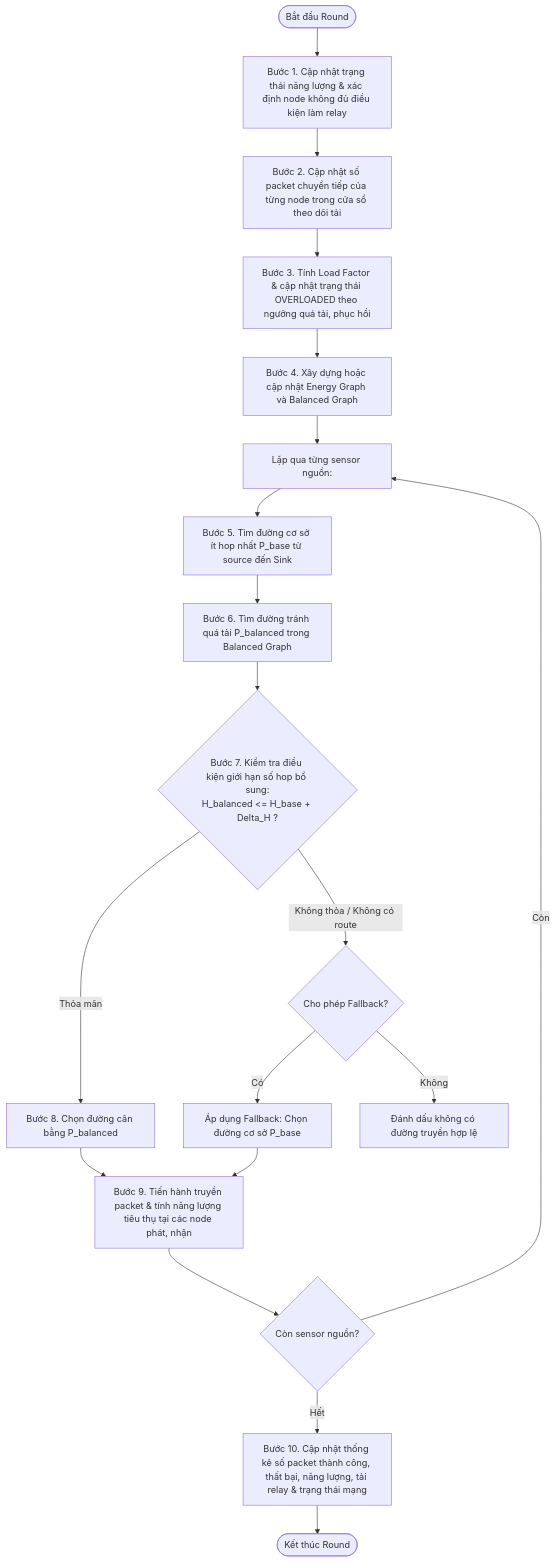
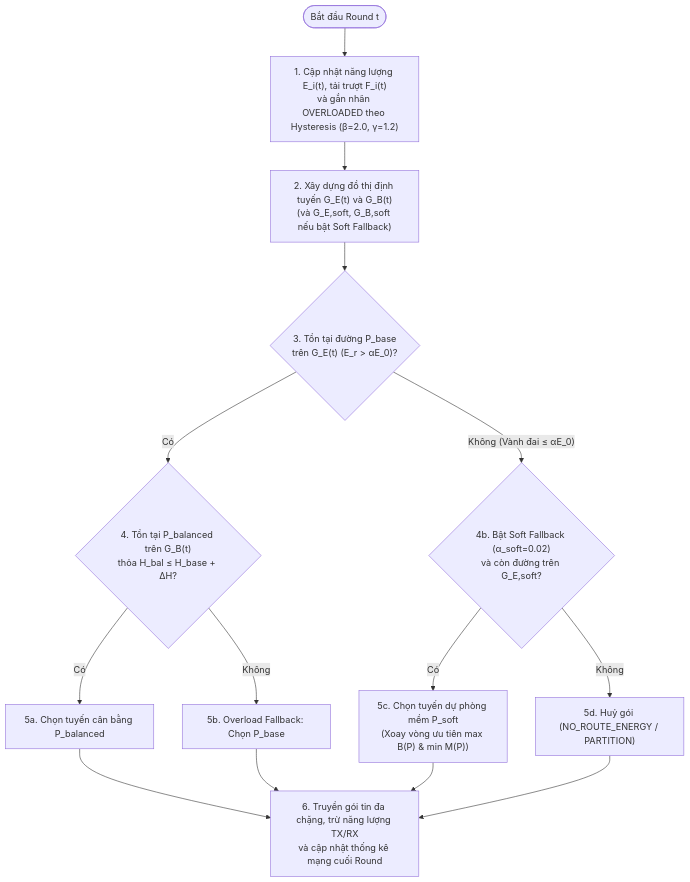
One commit to haidangchv/wsn-simulator_beta changed the third of 3 diagrams in docs/BAO_CAO_CHUYEN_DE_DINH_TUYEN_LB_ECMHR.md. Above: the diagram before and after it, drawn with Mermaid. The commit also changed other lines of this file and 31 other files, not shown here.

````diff
--- a/docs/BAO_CAO_CHUYEN_DE_DINH_TUYEN_LB_ECMHR.md
+++ b/docs/BAO_CAO_CHUYEN_DE_DINH_TUYEN_LB_ECMHR.md
@@ -503,25 +493,14 @@
 ```mermaid
 flowchart TD
-    Start([Bắt đầu Round]) --> B1[Bước 1. Cập nhật trạng thái năng lượng & xác định node không đủ điều kiện làm relay]
-    B1 --> B2[Bước 2. Cập nhật số packet chuyển tiếp của từng node trong cửa sổ theo dõi tải]
-    B2 --> B3[Bước 3. Tính Load Factor & cập nhật trạng thái OVERLOADED theo ngưỡng quá tải, phục hồi]
-    B3 --> B4[Bước 4. Xây dựng hoặc cập nhật Energy Graph và Balanced Graph]
-    B4 --> Loop[Lặp qua từng sensor nguồn:]
-    
-    Loop --> B5[Bước 5. Tìm đường cơ sở ít hop nhất P_base từ source đến Sink]
-    B5 --> B6[Bước 6. Tìm đường tránh quá tải P_balanced trong Balanced Graph]
-    B6 --> B7{Bước 7. Kiểm tra điều kiện giới hạn số hop bổ sung:<br/>H_balanced <= H_base + Delta_H ?}
-    
-    B7 -- Thỏa mãn --> B8a[Bước 8. Chọn đường cân bằng P_balanced]
-    B7 -- Không thỏa / Không có route --> B8b{Cho phép Fallback?}
-    B8b -- Có --> B8c[Áp dụng Fallback: Chọn đường cơ sở P_base]
-    B8b -- Không --> B8d[Đánh dấu không có đường truyền hợp lệ]
-    
-    B8a --> B9[Bước 9. Tiến hành truyền packet & tính năng lượng tiêu thụ tại các node phát, nhận]
-    B8c --> B9
-    
-    B9 --> CheckNext{Còn sensor nguồn?}
-    CheckNext -- Còn --> Loop
-    CheckNext -- Hết --> B10[Bước 10. Cập nhật thống kê số packet thành công, thất bại, năng lượng, tải relay & trạng thái mạng]
-    B10 --> End([Kết thúc Round])
+    Start(["Bắt đầu Round t"]) --> B1["1. Cập nhật năng lượng E_i(t), tải trượt F_i(t)<br/>và gắn nhãn OVERLOADED theo Hysteresis (β=2.0, γ=1.2)"]
+    B1 --> B2["2. Xây dựng đồ thị định tuyến G_E(t) và G_B(t)<br/>(và G_E,soft, G_B,soft nếu bật Soft Fallback)"]
+    B2 --> B3{"3. Tồn tại đường P_base<br/>trên G_E(t) (E_r > αE_0)?"}
+    B3 -- "Có" --> B4{"4. Tồn tại P_balanced trên G_B(t)<br/>thỏa H_bal ≤ H_base + ΔH?"}
+    B4 -- "Có" --> B5["5a. Chọn tuyến cân bằng P_balanced"]
+    B4 -- "Không" --> B6["5b. Overload Fallback: Chọn P_base"]
+    B3 -- "Không (Vành đai ≤ αE_0)" --> B7{"4b. Bật Soft Fallback (α_soft=0.02)<br/>và còn đường trên G_E,soft?"}
+    B7 -- "Có" --> B8["5c. Chọn tuyến dự phòng mềm P_soft<br/>(Xoay vòng ưu tiên max B(P) & min M(P))"]
+    B7 -- "Không" --> B9["5d. Huỷ gói (NO_ROUTE_ENERGY / PARTITION)"]
+    B5 & B6 & B8 --> B10["6. Truyền gói tin đa chặng, trừ năng lượng TX/RX<br/>và cập nhật thống kê mạng cuối Round"]
+    B9 --> B10
 ```
````
